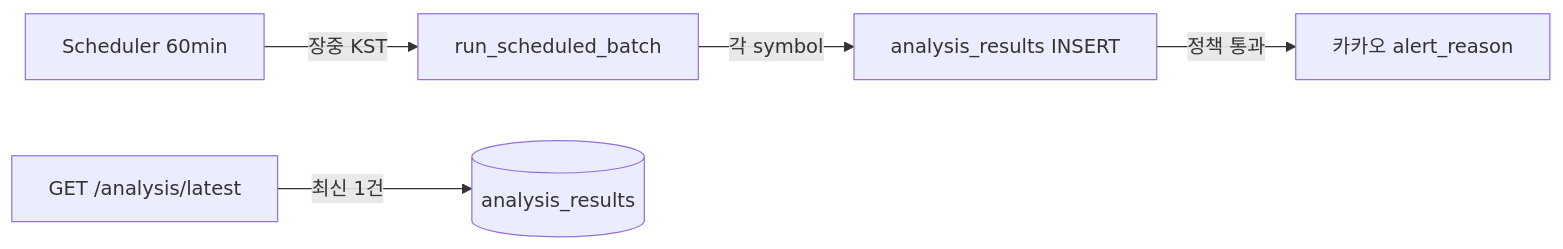
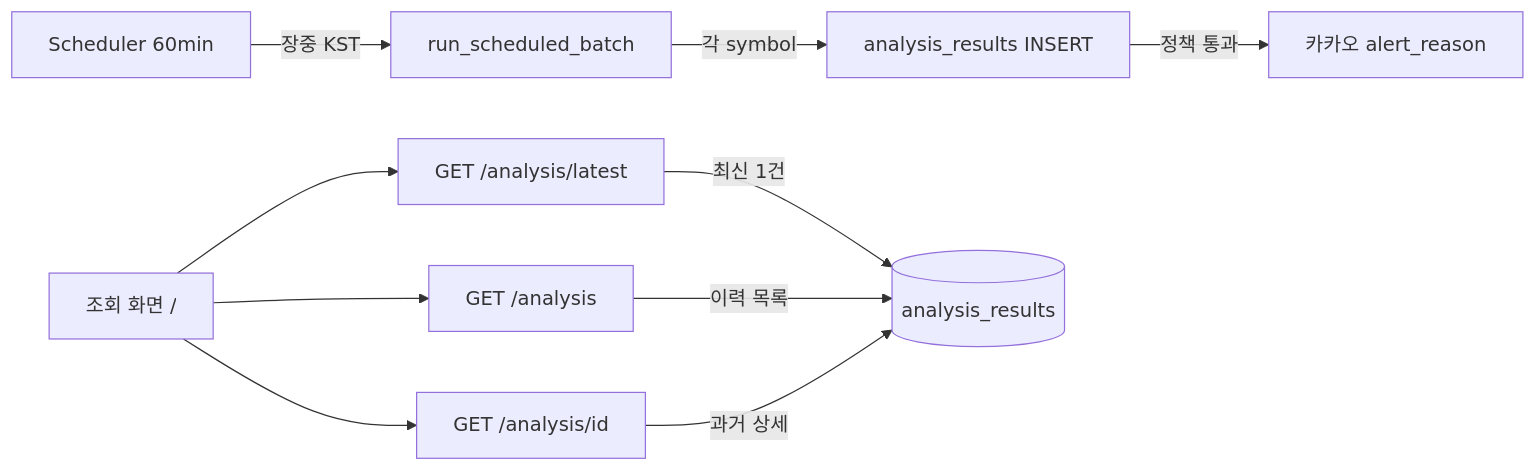
Before and after one commit to kysuk05/stock-agent: the diagram in design/scheduler_pr_description.md, drawn with Mermaid. The commit also changed other lines of this file and 12 other files, not shown here.

Commit message:
Add analysis history API and dashboard

````diff
--- a/design/scheduler_pr_description.md
+++ b/design/scheduler_pr_description.md
@@ -24,7 +25,12 @@
 ```mermaid
 flowchart LR
     SCH[Scheduler 60min] -->|장중 KST| BATCH[run_scheduled_batch]
     BATCH -->|각 symbol| INSERT[analysis_results INSERT]
     INSERT -->|정책 통과| KAKAO[카카오 alert_reason]
-    API[GET /analysis/latest] -->|최신 1건| DB[(analysis_results)]
+    API_LATEST[GET /analysis/latest] -->|최신 1건| DB[(analysis_results)]
+    API_HIST[GET /analysis] -->|이력 목록| DB
+    API_DETAIL[GET /analysis/id] -->|과거 상세| DB
+    UI[조회 화면 /] --> API_LATEST
+    UI --> API_HIST
+    UI --> API_DETAIL
 ```
````
